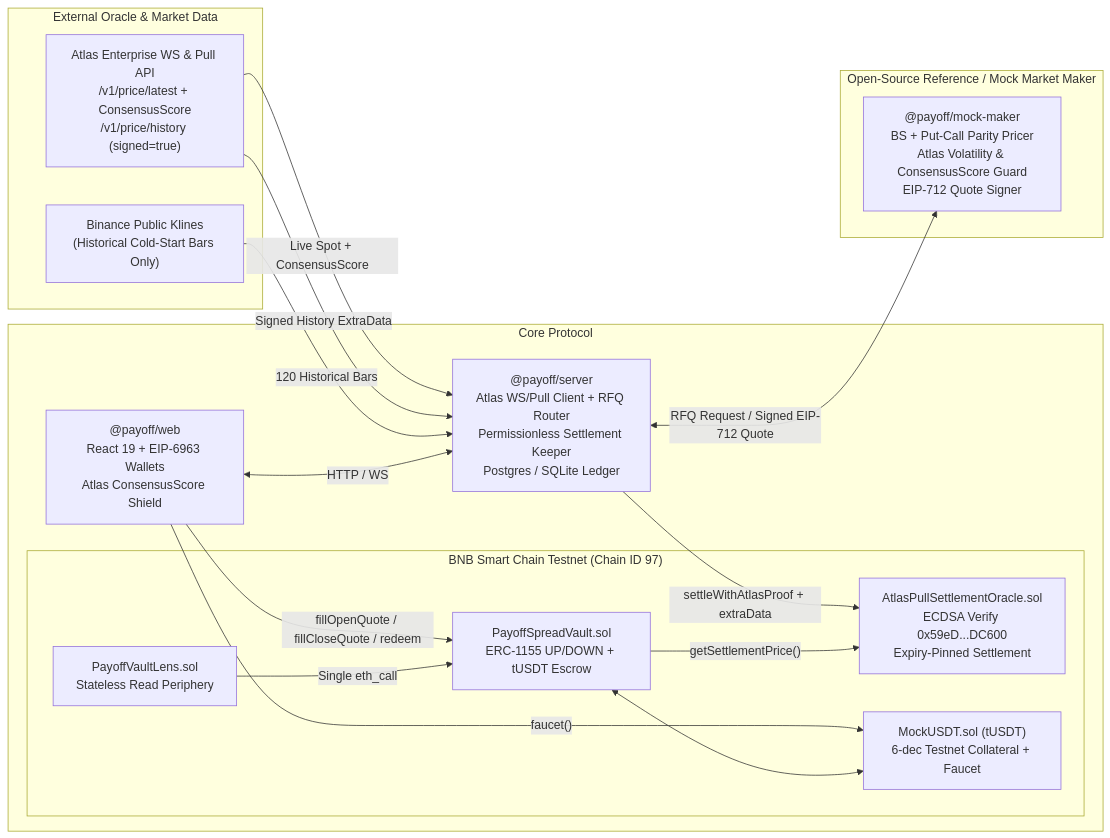
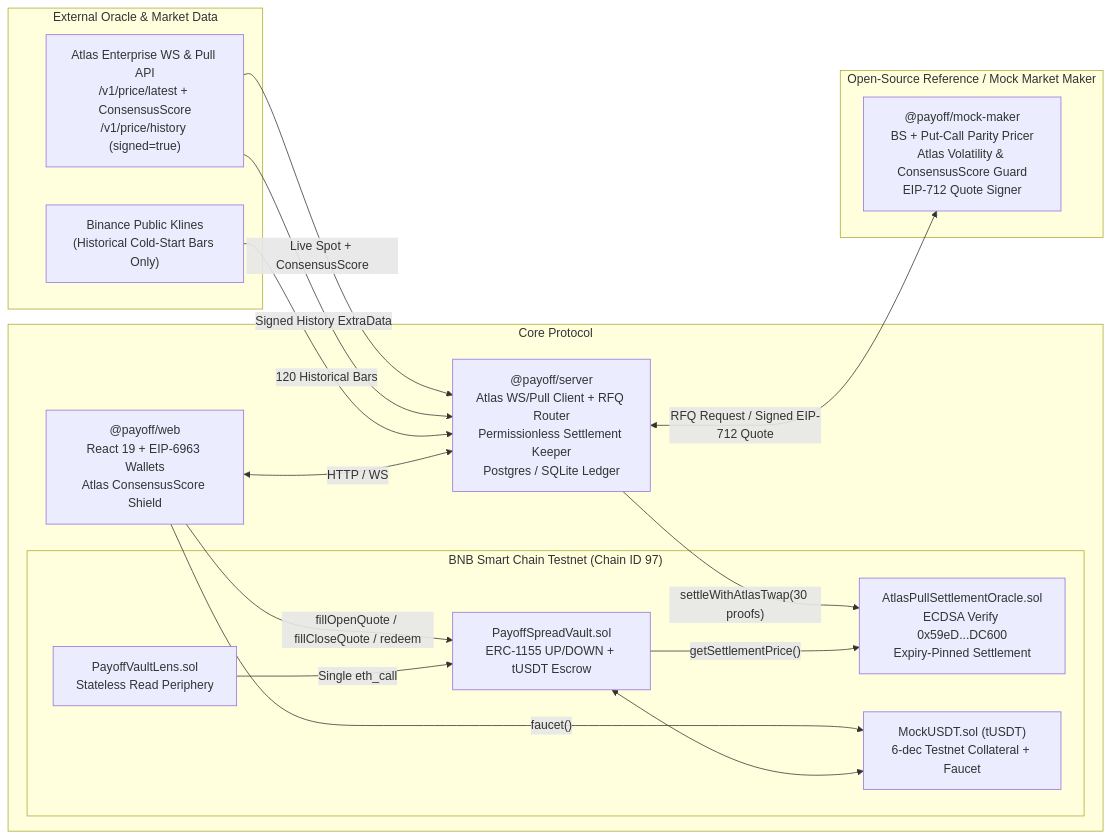
The diagram in README.md (cl-fi/bnb-payoff), drawn with Mermaid before and after one commit. The commit also changed other lines of this file and 32 other files, not shown here.

Commit message:
feat: upgrade to deterministic 30m Atlas TWAP settlement, sentinel dispute freeze, and BSC Testnet redeploy

````diff
--- a/README.md
+++ b/README.md
@@ -30,34 +62,34 @@
 ```mermaid
 flowchart LR
   subgraph External["External Oracle & Market Data"]
     AtlasWS["Atlas Enterprise WS & Pull API<br/>/v1/price/latest + ConsensusScore<br/>/v1/price/history (signed=true)"]
     BinanceK["Binance Public Klines<br/>(Historical Cold-Start Bars Only)"]
   end
 
   subgraph CoreProtocol["Core Protocol"]
     Web["@payoff/web<br/>React 19 + EIP-6963 Wallets<br/>Atlas ConsensusScore Shield"]
     Server["@payoff/server<br/>Atlas WS/Pull Client + RFQ Router<br/>Permissionless Settlement Keeper<br/>Postgres / SQLite Ledger"]
     subgraph BSC["BNB Smart Chain Testnet (Chain ID 97)"]
       Vault["PayoffSpreadVault.sol<br/>ERC-1155 UP/DOWN + tUSDT Escrow"]
       Lens["PayoffVaultLens.sol<br/>Stateless Read Periphery"]
       Oracle["AtlasPullSettlementOracle.sol<br/>ECDSA Verify 0x59eD...DC600<br/>Expiry-Pinned Settlement"]
       USDT["MockUSDT.sol (tUSDT)<br/>6-dec Testnet Collateral + Faucet"]
     end
   end
 
   subgraph MockExt["Open-Source Reference / Mock Market Maker"]
     MM["@payoff/mock-maker<br/>BS + Put-Call Parity Pricer<br/>Atlas Volatility & ConsensusScore Guard<br/>EIP-712 Quote Signer"]
   end
 
   AtlasWS -->|"Live Spot + ConsensusScore"| Server
   AtlasWS -->|"Signed History ExtraData"| Server
   BinanceK -->|"120 Historical Bars"| Server
   Server <-->|"RFQ Request / Signed EIP-712 Quote"| MM
   Web <-->|"HTTP / WS"| Server
   Web -->|"fillOpenQuote / fillCloseQuote / redeem"| Vault
   Web -->|"faucet()"| USDT
-  Server -->|"settleWithAtlasProof + extraData"| Oracle
+  Server -->|"settleWithAtlasTwap(30 proofs)"| Oracle
   Vault -->|"getSettlementPrice()"| Oracle
   Lens -->|"Single eth_call"| Vault
   Vault <--> USDT
 ```
````
